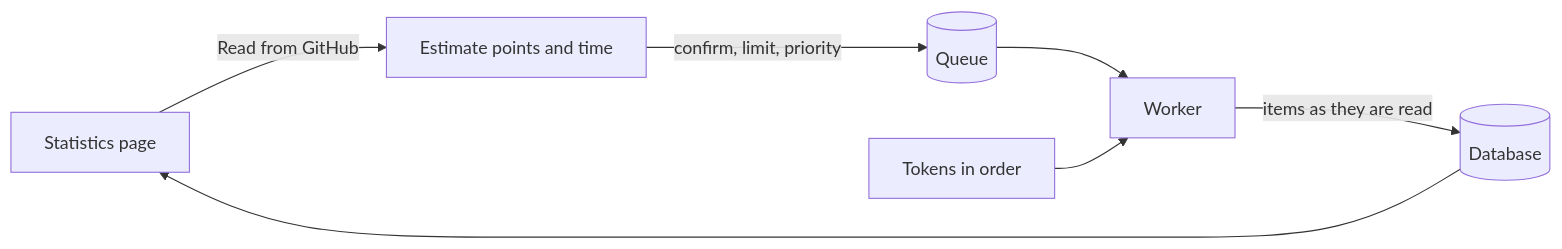
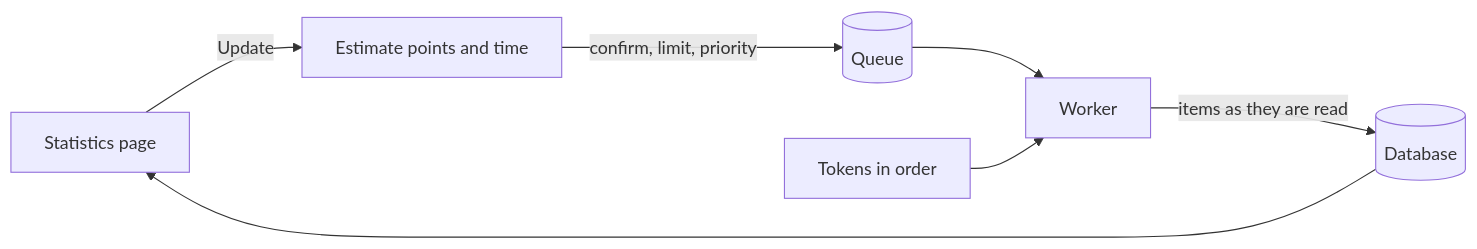
One commit to PyCalendar/community-insights changed the diagram in docs/explanation/pipeline.rst. Above: the diagram before and after it, drawn with Mermaid. The commit also changed 156 other files, not shown here.

```diff
--- a/docs/explanation/pipeline.rst
+++ b/docs/explanation/pipeline.rst
@@ -10,9 +10,9 @@
 .. mermaid::
 
     flowchart LR
-        page[Statistics page] -->|Read from GitHub| estimate[Estimate points and time]
+        page[Statistics page] -->|Update| estimate[Estimate points and time]
         estimate -->|confirm, limit, priority| queue[(Queue)]
         queue --> worker[Worker]
         tokens[Tokens in order] --> worker
         worker -->|items as they are read| db[(Database)]
         db --> page
```
